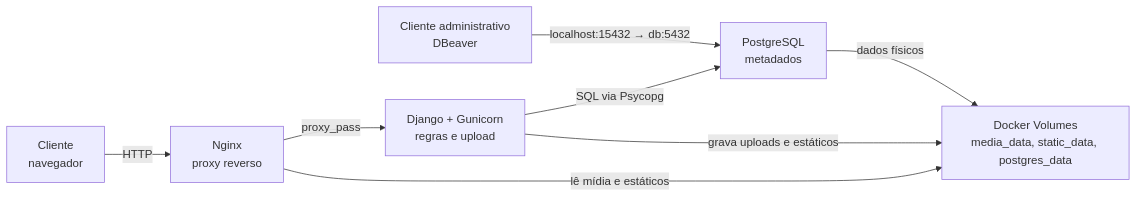
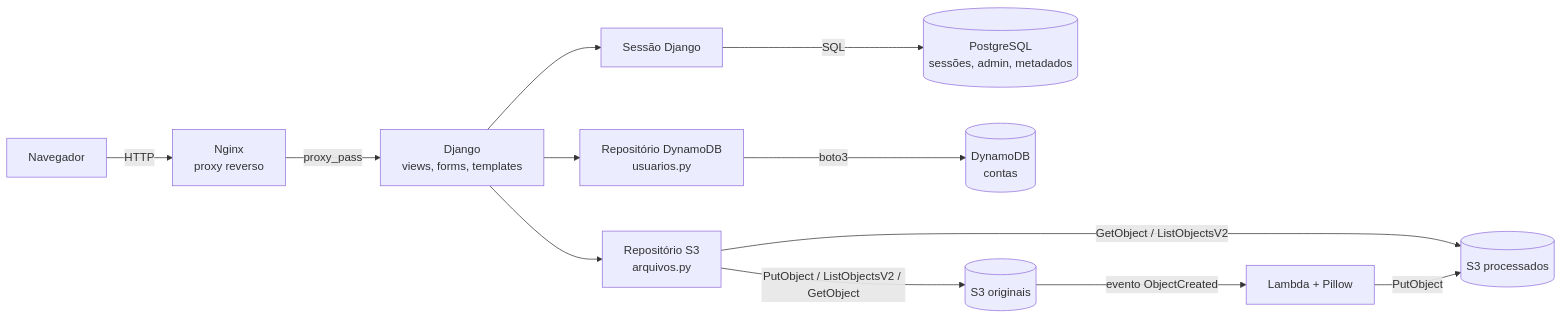
Before and after one commit to analaress/django-upload-docker: the second of 8 diagrams in docs/arquitetura.md, drawn with Mermaid. The commit also changed other lines of this file and 37 other files, not shown here.

````diff
--- a/docs/arquitetura.md
+++ b/docs/arquitetura.md
@@ -40,17 +106,26 @@
 ```mermaid
 flowchart LR
-    navegador["Cliente<br/>navegador"]
-    dbeaver["Cliente administrativo<br/>DBeaver"]
+    navegador["Navegador"]
     proxy["Nginx<br/>proxy reverso"]
-    app["Django + Gunicorn<br/>regras e upload"]
-    banco["PostgreSQL<br/>metadados"]
-    volumes["Docker Volumes<br/>media_data, static_data, postgres_data"]
+    django["Django<br/>views, forms, templates"]
+    sessao["Sessão Django"]
+    repo_ddb["Repositório DynamoDB<br/>usuarios.py"]
+    repo_s3["Repositório S3<br/>arquivos.py"]
+    pg[("PostgreSQL<br/>sessões, admin, metadados")]
+    ddb[("DynamoDB<br/>contas")]
+    s3o[("S3 originais")]
+    s3p[("S3 processados")]
+    lambda["Lambda + Pillow"]
 
     navegador -->|"HTTP"| proxy
-    dbeaver -->|"localhost:15432 → db:5432"| banco
-    proxy -->|"proxy_pass"| app
-    app -->|"SQL via Psycopg"| banco
-    app -->|"grava uploads e estáticos"| volumes
-    proxy -->|"lê mídia e estáticos"| volumes
-    banco -->|"dados físicos"| volumes
+    proxy -->|"proxy_pass"| django
+    django --> sessao
+    sessao -->|"SQL"| pg
+    django --> repo_ddb
+    repo_ddb -->|"boto3"| ddb
+    django --> repo_s3
+    repo_s3 -->|"PutObject / ListObjectsV2 / GetObject"| s3o
+    repo_s3 -->|"GetObject / ListObjectsV2"| s3p
+    s3o -->|"evento ObjectCreated"| lambda
+    lambda -->|"PutObject"| s3p
 ```
````
